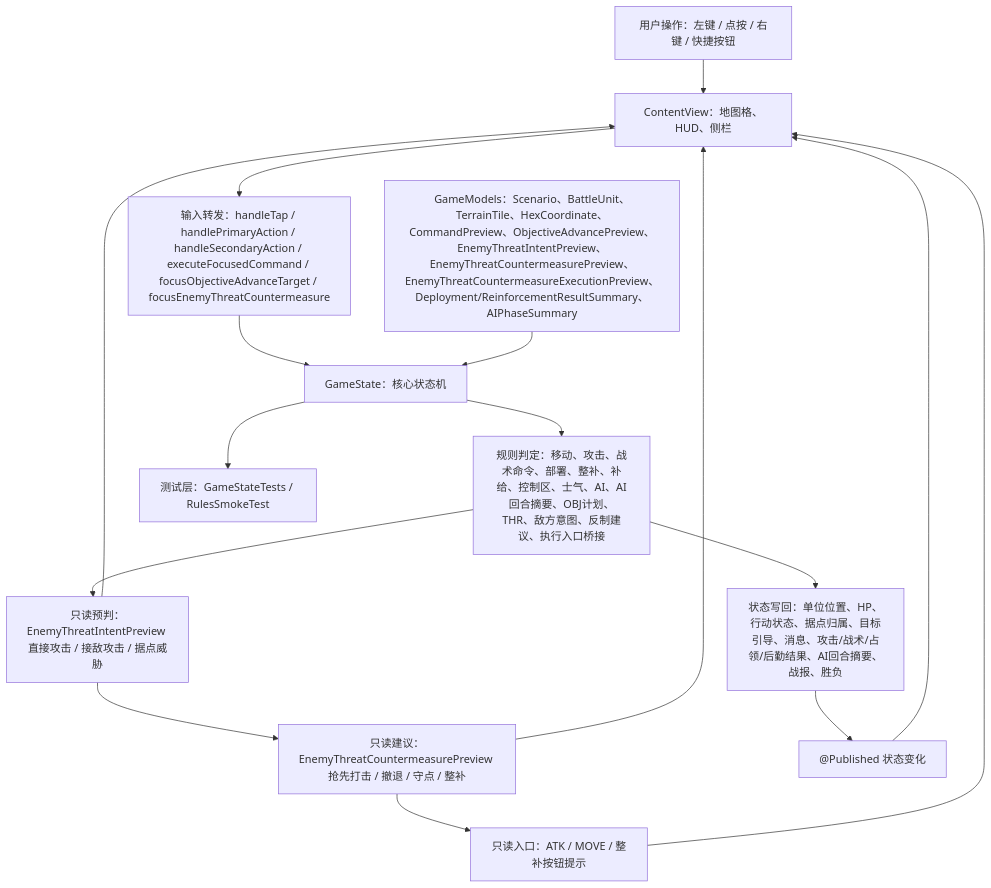
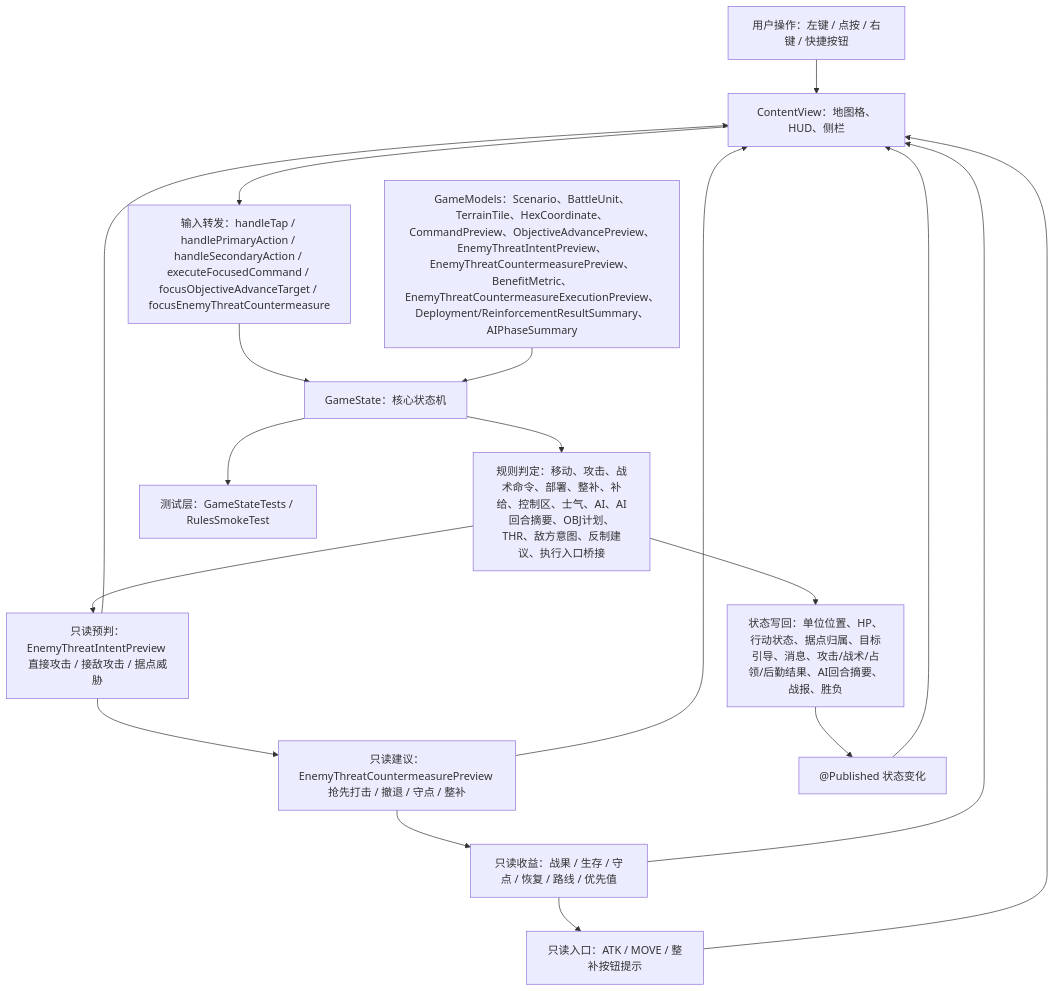
The first of 5 diagrams in md/flow/flowchart.md (Altman-sam114/116), drawn with Mermaid before and after one commit. The commit also changed other lines of this file and 9 other files, not shown here.

````diff
--- a/md/flow/flowchart.md
+++ b/md/flow/flowchart.md
@@ -9,18 +9,20 @@
 ```mermaid
 flowchart TD
   U["用户操作：左键 / 点按 / 右键 / 快捷按钮"] --> V["ContentView：地图格、HUD、侧栏"]
   V --> I["输入转发：handleTap / handlePrimaryAction / handleSecondaryAction / executeFocusedCommand / focusObjectiveAdvanceTarget / focusEnemyThreatCountermeasure"]
   I --> S["GameState：核心状态机"]
-  M["GameModels：Scenario、BattleUnit、TerrainTile、HexCoordinate、CommandPreview、ObjectiveAdvancePreview、EnemyThreatIntentPreview、EnemyThreatCountermeasurePreview、EnemyThreatCountermeasureExecutionPreview、Deployment/ReinforcementResultSummary、AIPhaseSummary"] --> S
+  M["GameModels：Scenario、BattleUnit、TerrainTile、HexCoordinate、CommandPreview、ObjectiveAdvancePreview、EnemyThreatIntentPreview、EnemyThreatCountermeasurePreview、BenefitMetric、EnemyThreatCountermeasureExecutionPreview、Deployment/ReinforcementResultSummary、AIPhaseSummary"] --> S
   S --> R["规则判定：移动、攻击、战术命令、部署、整补、补给、控制区、士气、AI、AI回合摘要、OBJ计划、THR、敌方意图、反制建议、执行入口桥接"]
   R --> W["状态写回：单位位置、HP、行动状态、据点归属、目标引导、消息、攻击/战术/占领/后勤结果、AI回合摘要、战报、胜负"]
   R --> EI["只读预判：EnemyThreatIntentPreview 直接攻击 / 接敌攻击 / 据点威胁"]
   EI --> EC["只读建议：EnemyThreatCountermeasurePreview 抢先打击 / 撤退 / 守点 / 整补"]
-  EC --> EB["只读入口：ATK / MOVE / 整补按钮提示"]
+  EC --> BM["只读收益：战果 / 生存 / 守点 / 恢复 / 路线 / 优先值"]
+  BM --> EB["只读入口：ATK / MOVE / 整补按钮提示"]
   W --> P["@Published 状态变化"]
   P --> V
   EI --> V
   EC --> V
+  BM --> V
   EB --> V
   S --> T["测试层：GameStateTests / RulesSmokeTest"]
 ```
````
